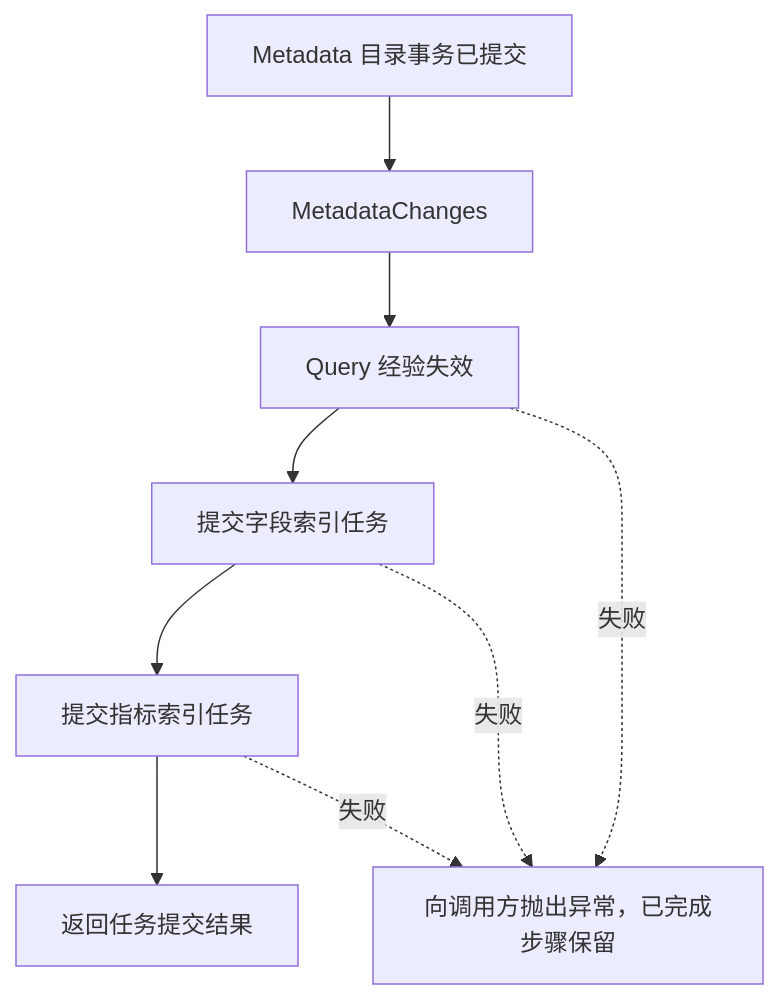
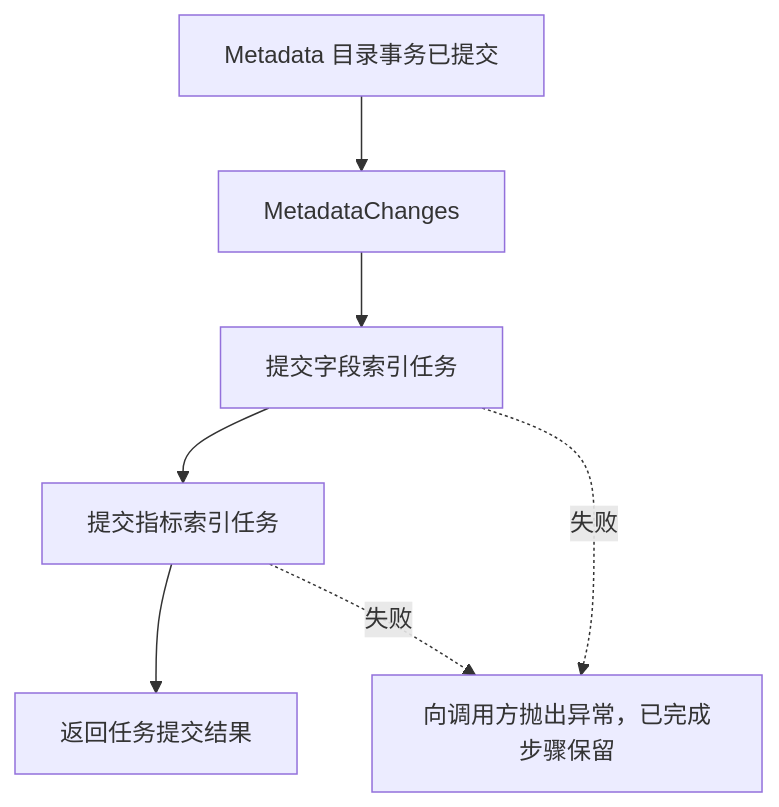
Before and after one commit to 2739673455/dataagent: the second of 2 diagrams in docs/07_跨模块工作流.md, drawn with Mermaid. The commit also changed other lines of this file and 63 other files, not shown here.

````diff
--- a/docs/07_跨模块工作流.md
+++ b/docs/07_跨模块工作流.md
@@ -113,11 +111,9 @@
 ```mermaid
 flowchart TD
     COMMIT[Metadata 目录事务已提交] --> CHANGES[MetadataChanges]
-    CHANGES --> INVALIDATE[Query 经验失效]
-    INVALIDATE --> COLUMNS[提交字段索引任务]
+    CHANGES --> COLUMNS[提交字段索引任务]
     COLUMNS --> METRICS[提交指标索引任务]
     METRICS --> RESULT[返回任务提交结果]
-    INVALIDATE -. 失败 .-> ERROR[向调用方抛出异常，已完成步骤保留]
-    COLUMNS -. 失败 .-> ERROR
+    COLUMNS -. 失败 .-> ERROR[向调用方抛出异常，已完成步骤保留]
     METRICS -. 失败 .-> ERROR
 ```
````
